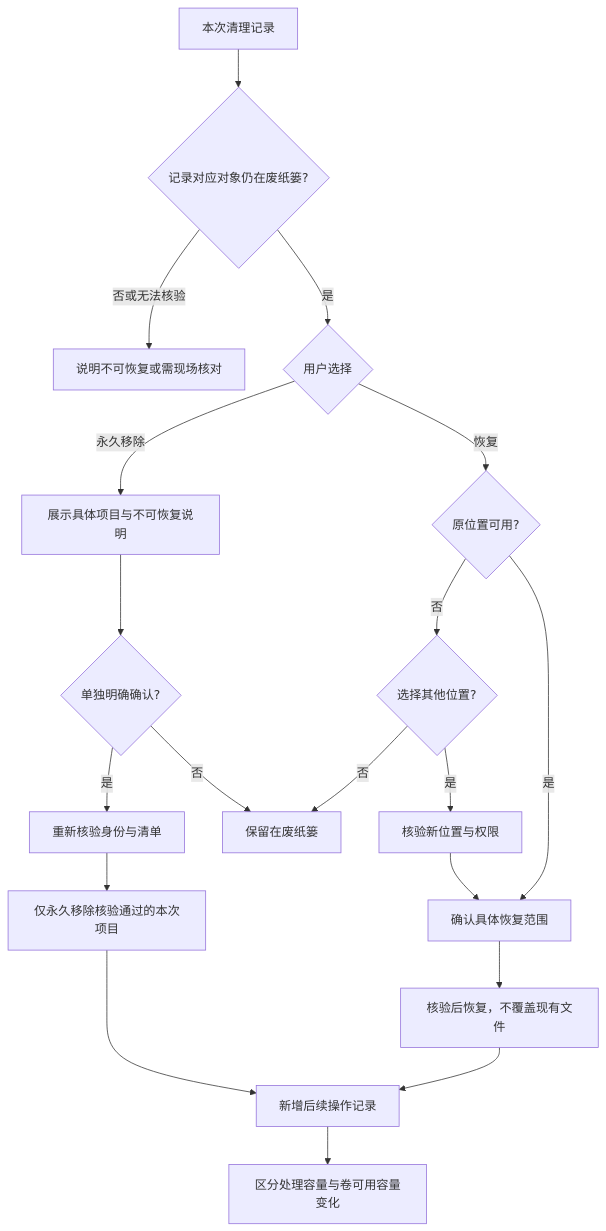
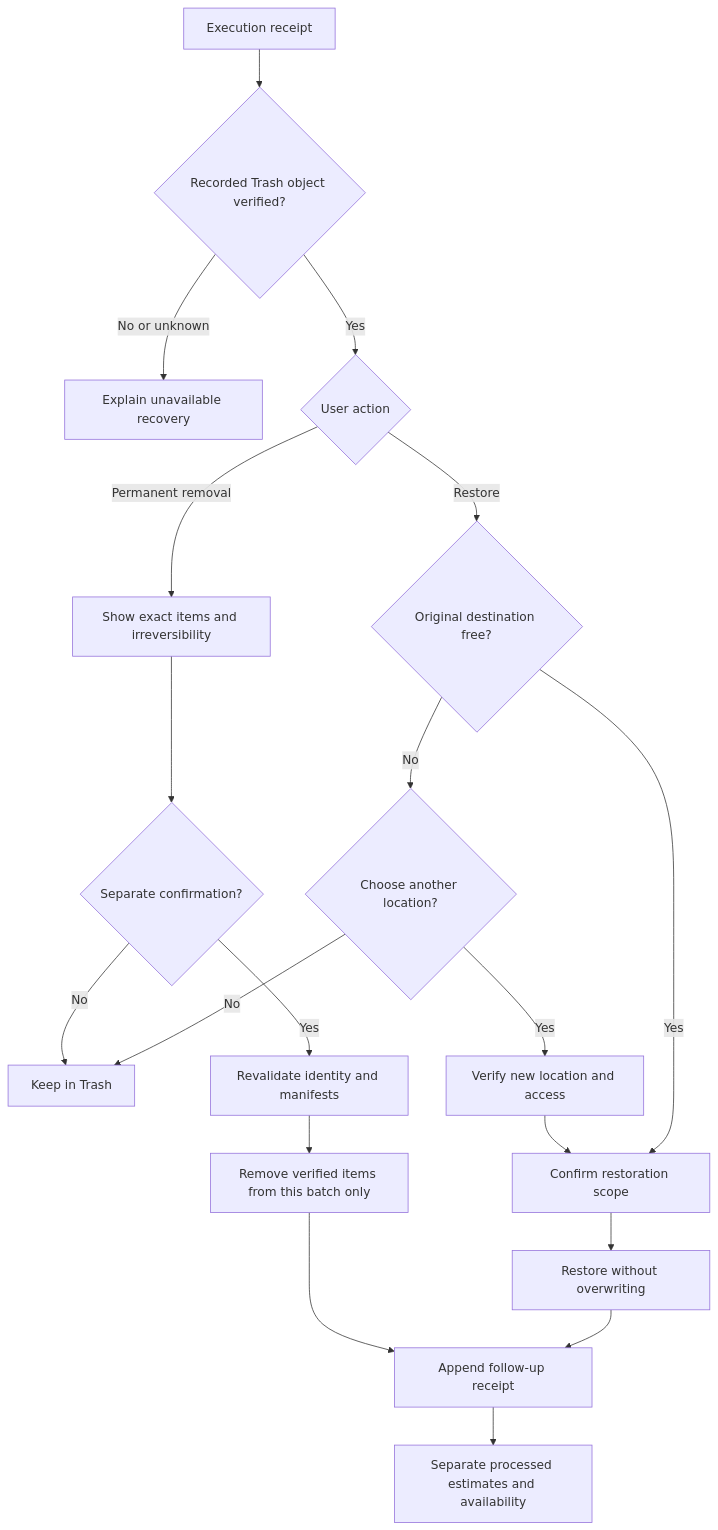
One commit to limecloud/shou changed the fifth of 6 diagrams in docs/architecture/workflows-and-sequences.md. Above: the diagram before and after it, drawn with Mermaid. The commit also changed other lines of this file and 46 other files, not shown here.

````diff
--- a/docs/architecture/workflows-and-sequences.md
+++ b/docs/architecture/workflows-and-sequences.md
@@ -126,21 +128,21 @@
 ```mermaid
 flowchart TD
-    Receipt[本次清理记录] --> Current{记录对应对象仍在废纸篓?}
-    Current -->|否或无法核验| Unknown[说明不可恢复或需现场核对]
-    Current -->|是| Choice{用户选择}
-    Choice -->|恢复| Destination{原位置可用?}
-    Destination -->|否| ConflictChoice{选择其他位置?}
-    ConflictChoice -->|是| Other[核验新位置与权限]
-    ConflictChoice -->|否| Keep[保留在废纸篓]
-    Destination -->|是| ConfirmRestore[确认具体恢复范围]
-    Other --> ConfirmRestore
-    ConfirmRestore --> Restore[核验后恢复，不覆盖现有文件]
-    Choice -->|永久移除| Permanent[展示具体项目与不可恢复说明]
-    Permanent --> ConfirmPurge{单独明确确认?}
-    ConfirmPurge -->|否| Keep[保留在废纸篓]
-    ConfirmPurge -->|是| Verify[重新核验身份与清单]
-    Verify --> Purge[仅永久移除核验通过的本次项目]
-    Restore --> FollowUp[新增后续操作记录]
+    Receipt[Execution receipt] --> Exists{Recorded Trash object verified?}
+    Exists -->|No or unknown| Missing[Explain unavailable recovery]
+    Exists -->|Yes| Action{User action}
+    Action -->|Restore| Dest{Original destination free?}
+    Dest -->|No| Choice{Choose another location?}
+    Choice -->|No| Keep[Keep in Trash]
+    Choice -->|Yes| Other[Verify new location and access]
+    Dest -->|Yes| RestoreConfirm[Confirm restoration scope]
+    Other --> RestoreConfirm
+    RestoreConfirm --> Restore[Restore without overwriting]
+    Action -->|Permanent removal| Explain[Show exact items and irreversibility]
+    Explain --> Confirm{Separate confirmation?}
+    Confirm -->|No| Keep
+    Confirm -->|Yes| Verify[Revalidate identity and manifests]
+    Verify --> Purge[Remove verified items from this batch only]
+    Restore --> FollowUp[Append follow-up receipt]
     Purge --> FollowUp
-    FollowUp --> Measure[区分处理容量与卷可用容量变化]
+    FollowUp --> Capacity[Separate processed estimates and availability]
 ```
````
